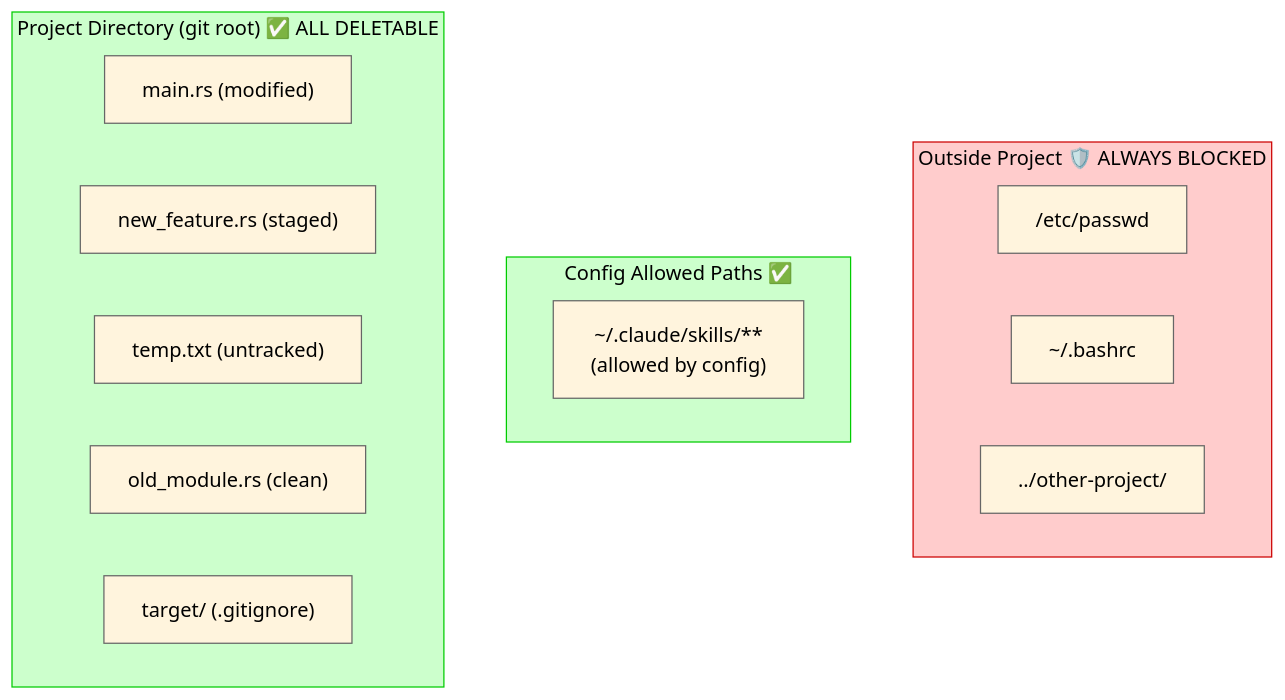
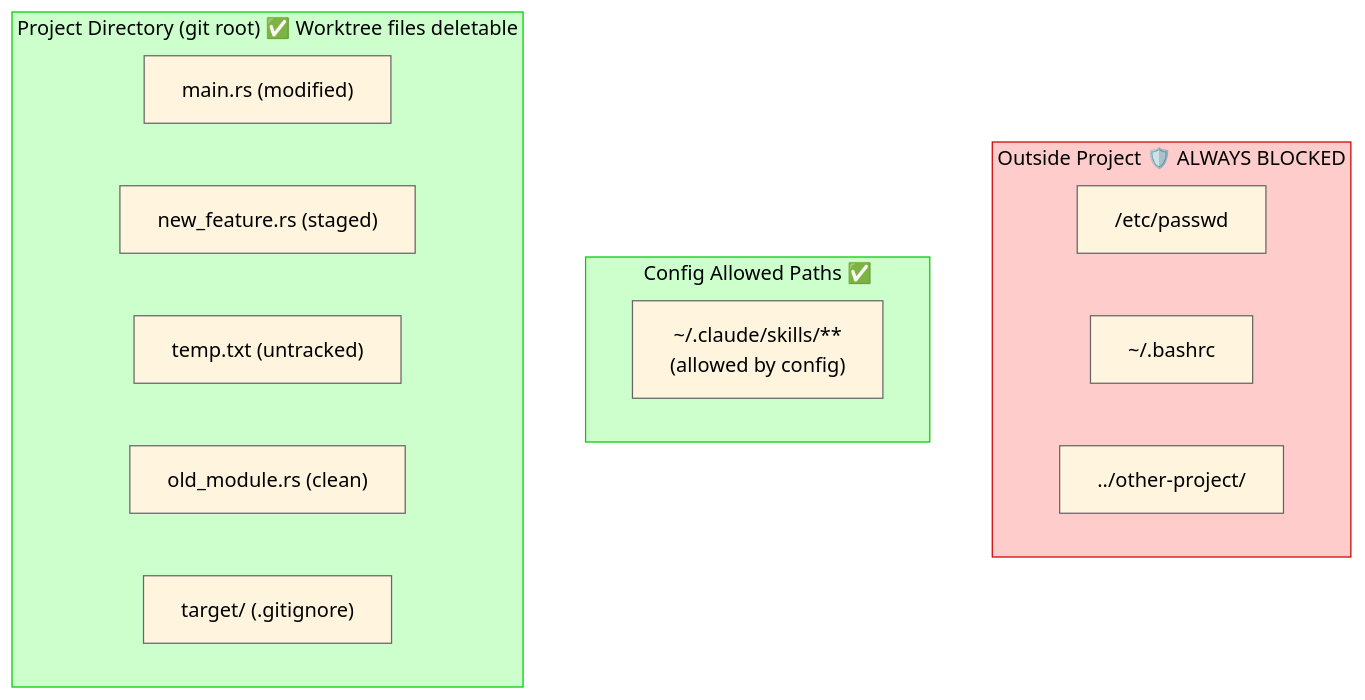
The second of 3 diagrams in README.md (owayo/safe-rm), drawn with Mermaid before and after one commit. The commit also changed other lines of this file and 8 other files, not shown here.

````diff
--- a/README.md
+++ b/README.md
@@ -191,25 +195,25 @@
 ```mermaid
 %%{init: {'theme': 'base', 'themeVariables': { 'lineColor': '#666666', 'primaryTextColor': '#000000', 'primaryBorderColor': '#666666' }}}%%
 flowchart TB
     subgraph outside["Outside Project 🛡️ ALWAYS BLOCKED"]
         etc["/etc/passwd"]
         home["~/.bashrc"]
         other["../other-project/"]
     end
 
     subgraph allowed["Config Allowed Paths ✅"]
         skills["~/.claude/skills/**<br/>(allowed by config)"]
     end
 
-    subgraph project["Project Directory (git root) ✅ ALL DELETABLE"]
+    subgraph project["Project Directory (git root) ✅ Worktree files deletable"]
         modified["main.rs (modified)"]
         staged["new_feature.rs (staged)"]
         untracked["temp.txt (untracked)"]
         clean["old_module.rs (clean)"]
         ignored["target/ (.gitignore)"]
     end
 
     style outside fill:#ffcccc,stroke:#cc0000,color:#000000
     style allowed fill:#ccffcc,stroke:#00cc00,color:#000000
     style project fill:#ccffcc,stroke:#00cc00,color:#000000
 ```
````
